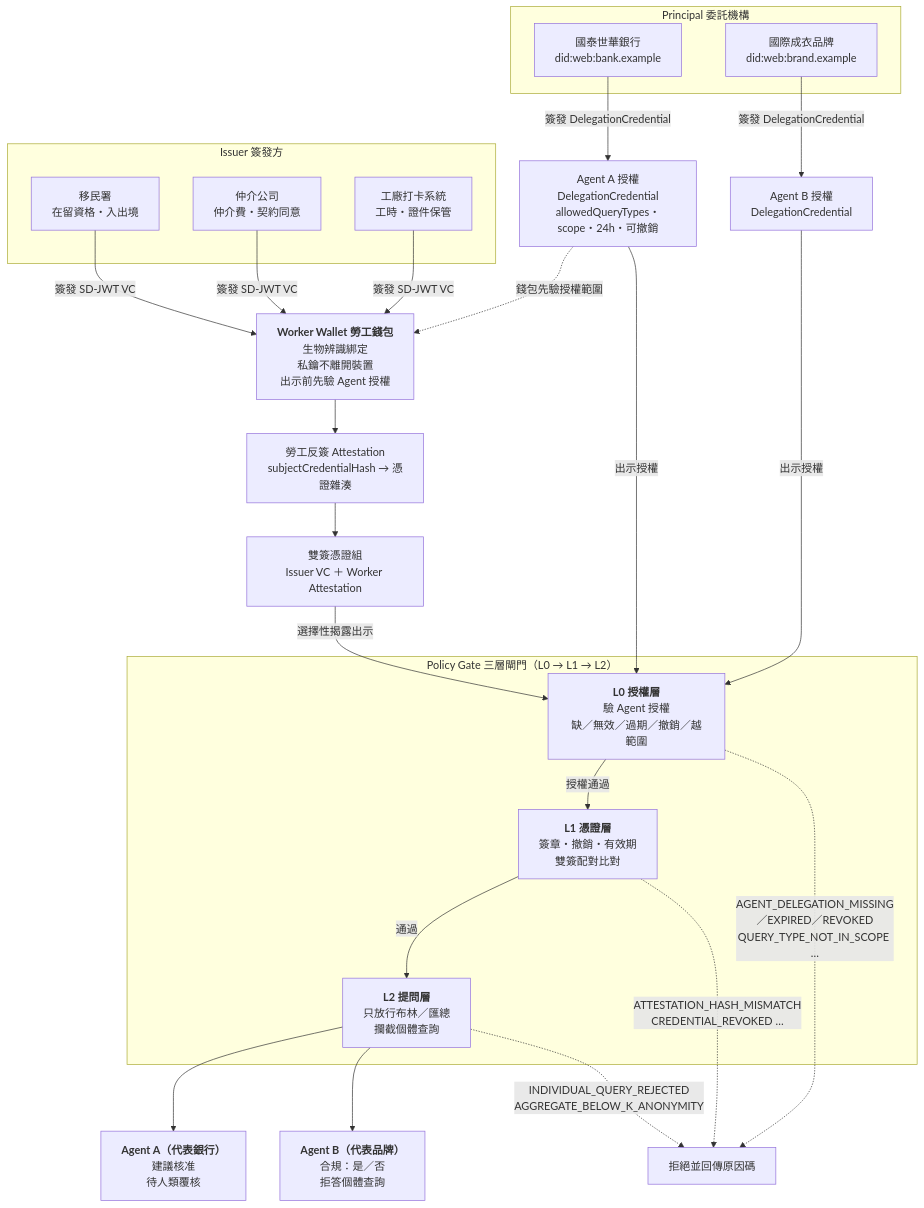
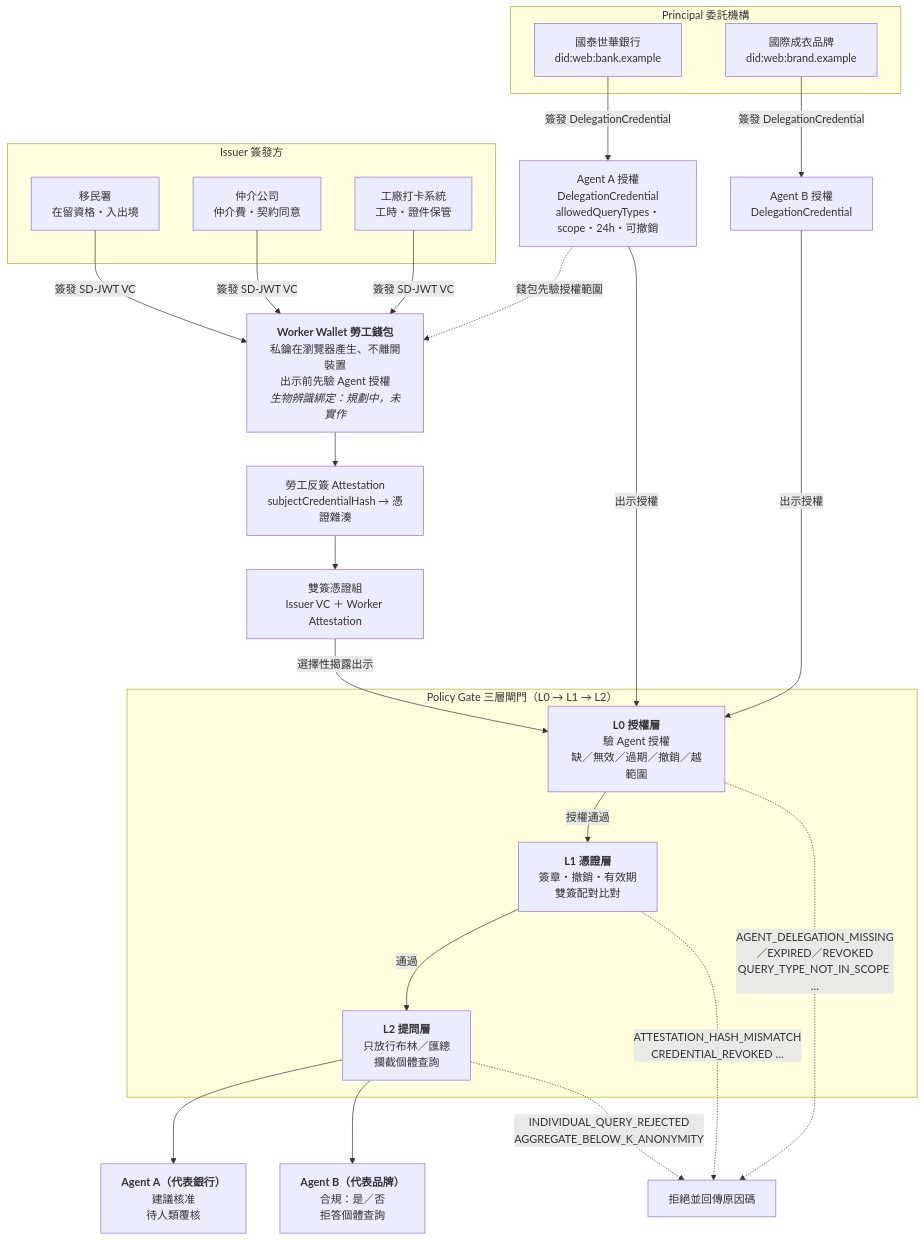
The diagram in README.md (zuemen/evidence-at-source), drawn with Mermaid before and after one commit. The commit also changed other lines of this file and 7 other files, not shown here.

````diff
--- a/README.md
+++ b/README.md
@@ -48,48 +48,48 @@
 ```mermaid
 flowchart TD
     subgraph ISS["Issuer 簽發方"]
         I1["移民署<br/>在留資格・入出境"]
         I2["仲介公司<br/>仲介費・契約同意"]
         I3["工廠打卡系統<br/>工時・證件保管"]
     end
 
     subgraph PRIN["Principal 委託機構"]
         P1["國泰世華銀行<br/>did:web:bank.example"]
         P2["國際成衣品牌<br/>did:web:brand.example"]
     end
 
-    W["<b>Worker Wallet 勞工錢包</b><br/>生物辨識綁定<br/>私鑰不離開裝置<br/>出示前先驗 Agent 授權"]
+    W["<b>Worker Wallet 勞工錢包</b><br/>私鑰在瀏覽器產生、不離開裝置<br/>出示前先驗 Agent 授權<br/><i>生物辨識綁定：規劃中，未實作</i>"]
     ATT["勞工反簽 Attestation<br/>subjectCredentialHash → 憑證雜湊"]
     PAIR["雙簽憑證組<br/>Issuer VC ＋ Worker Attestation"]
     DA["Agent A 授權<br/>DelegationCredential<br/>allowedQueryTypes・scope・24h・可撤銷"]
     DB["Agent B 授權<br/>DelegationCredential"]
 
     subgraph GATE["Policy Gate 三層閘門（L0 → L1 → L2）"]
         G0["<b>L0 授權層</b><br/>驗 Agent 授權<br/>缺／無效／過期／撤銷／越範圍"]
         G1["<b>L1 憑證層</b><br/>簽章・撤銷・有效期<br/>雙簽配對比對"]
         G2["<b>L2 提問層</b><br/>只放行布林／匯總<br/>攔截個體查詢"]
     end
 
     A["<b>Agent A（代表銀行）</b><br/>建議核准<br/>待人類覆核"]
     B["<b>Agent B（代表品牌）</b><br/>合規：是／否<br/>拒答個體查詢"]
     X1["拒絕並回傳原因碼"]
 
     I1 -->|簽發 SD-JWT VC| W
     I2 -->|簽發 SD-JWT VC| W
     I3 -->|簽發 SD-JWT VC| W
     P1 -->|簽發 DelegationCredential| DA
     P2 -->|簽發 DelegationCredential| DB
     DA -.->|錢包先驗授權範圍| W
     W --> ATT
     ATT --> PAIR
     DA -->|出示授權| G0
     DB -->|出示授權| G0
     PAIR -->|選擇性揭露出示| G0
     G0 -->|授權通過| G1
     G0 -.->|AGENT_DELEGATION_MISSING／EXPIRED／REVOKED<br/>QUERY_TYPE_NOT_IN_SCOPE …| X1
     G1 -->|通過| G2
     G1 -.->|ATTESTATION_HASH_MISMATCH<br/>CREDENTIAL_REVOKED …| X1
     G2 --> A
     G2 --> B
     G2 -.->|INDIVIDUAL_QUERY_REJECTED<br/>AGGREGATE_BELOW_K_ANONYMITY| X1
 ```
````
